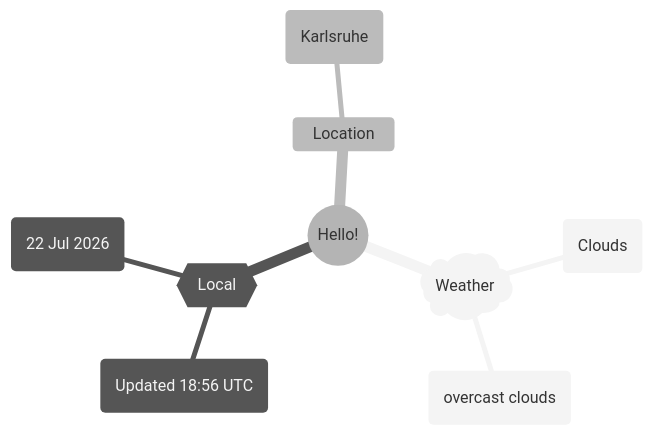
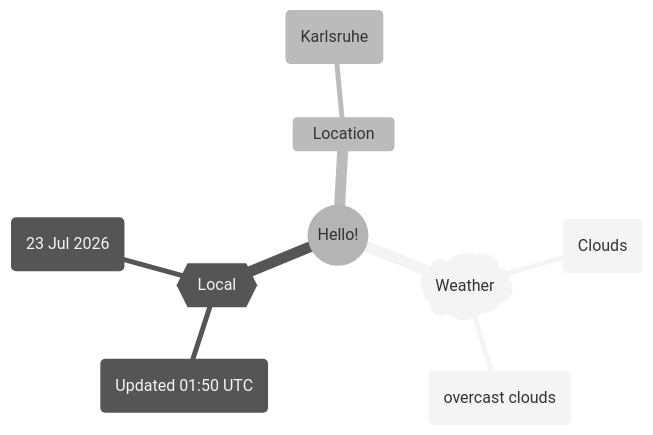
Before and after one commit to Xosrov/Xosrov: the first of 2 diagrams in README.md, drawn with Mermaid (neutral theme).

Commit message:
[bot] updated images

````diff
--- a/README.md
+++ b/README.md
@@ -3,12 +3,12 @@
 ```mermaid
 mindmap
   root((Hello!))
     )Weather(
         (Clouds)
         (overcast clouds)
     {{Local}}
-        (Updated 18:56 UTC)
-        (22 Jul 2026)
+        (Updated 01:50 UTC)
+        (23 Jul 2026)
     Location
         (Karlsruhe)
 ```
````
